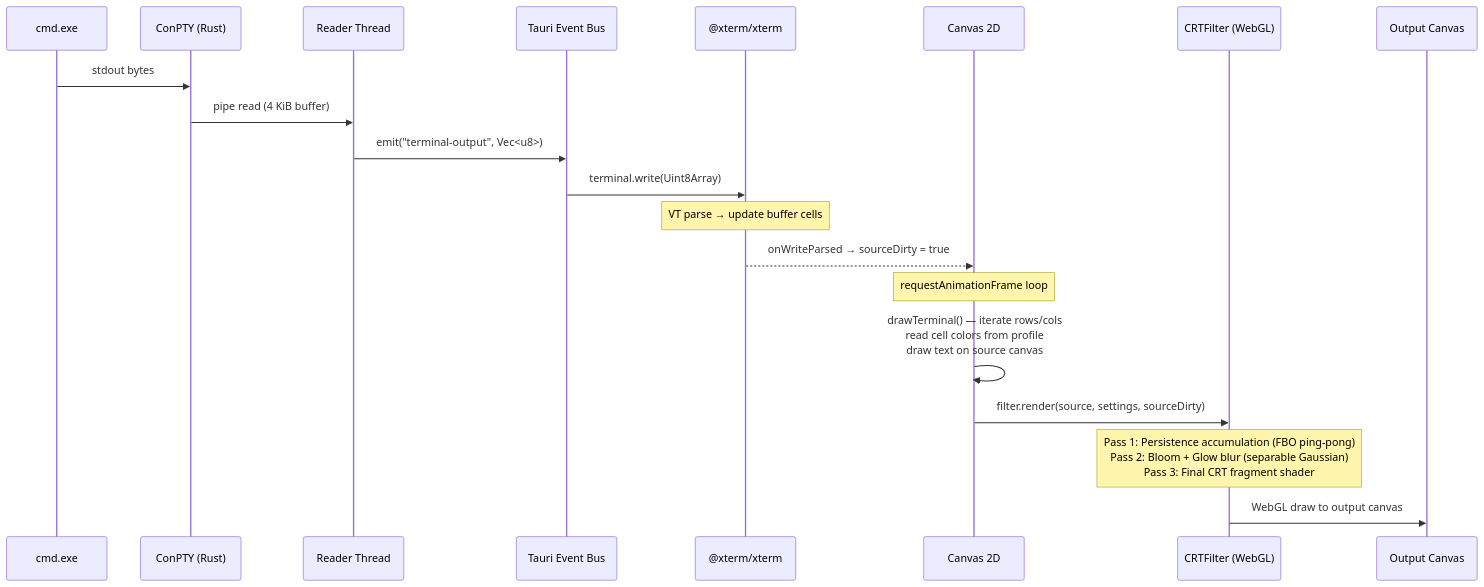
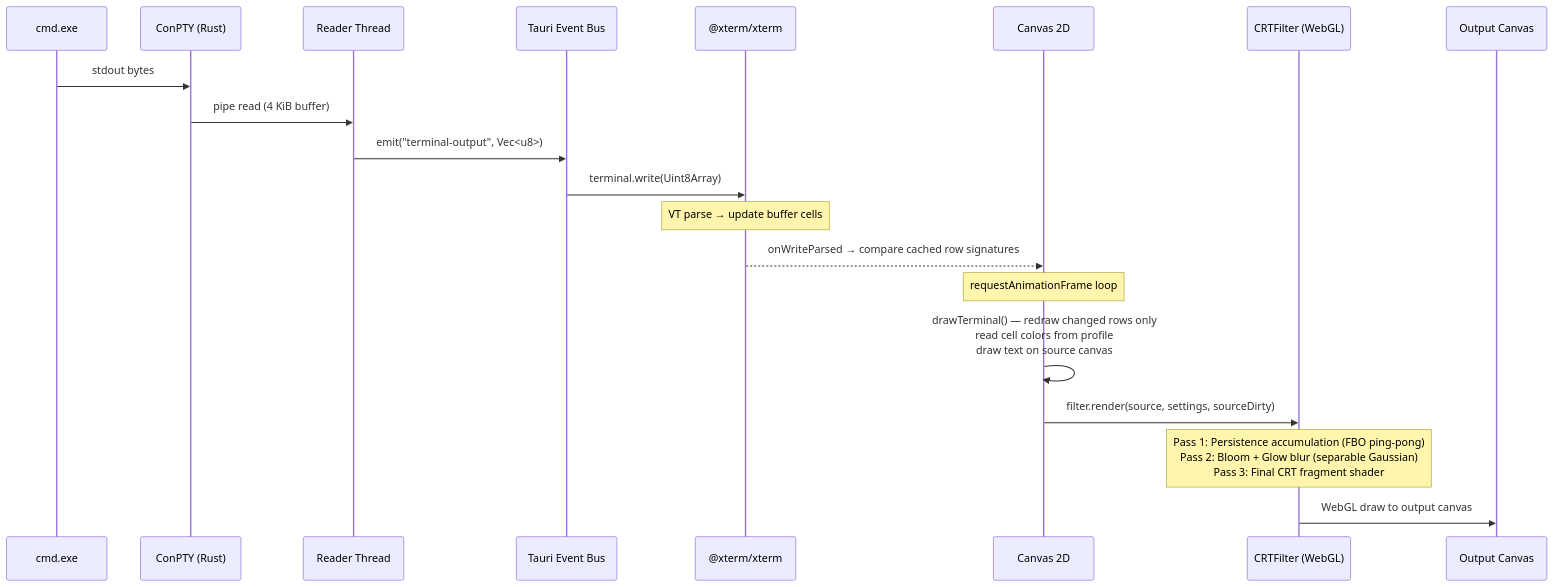
The second of 5 diagrams in docs/02-architecture.md (z-hunter/Scanline-Term), drawn with Mermaid before and after one commit. The commit also changed other lines of this file and 18 other files, not shown here.

````diff
--- a/docs/02-architecture.md
+++ b/docs/02-architecture.md
@@ -83,23 +94,23 @@
 ```mermaid
 sequenceDiagram
     participant Shell as cmd.exe
     participant ConPTY as ConPTY (Rust)
     participant Reader as Reader Thread
     participant Tauri as Tauri Event Bus
     participant Xterm as @xterm/xterm
     participant Canvas as Canvas 2D
     participant CRT as CRTFilter (WebGL)
     participant Screen as Output Canvas
 
     Shell->>ConPTY: stdout bytes
     ConPTY->>Reader: pipe read (4 KiB buffer)
     Reader->>Tauri: emit("terminal-output", Vec<u8>)
     Tauri->>Xterm: terminal.write(Uint8Array)
     Note over Xterm: VT parse → update buffer cells
-    Xterm-->>Canvas: onWriteParsed → sourceDirty = true
+    Xterm-->>Canvas: onWriteParsed → compare cached row signatures
     Note over Canvas: requestAnimationFrame loop
-    Canvas->>Canvas: drawTerminal() — iterate rows/cols<br/>read cell colors from profile<br/>draw text on source canvas
+    Canvas->>Canvas: drawTerminal() — redraw changed rows only<br/>read cell colors from profile<br/>draw text on source canvas
     Canvas->>CRT: filter.render(source, settings, sourceDirty)
     Note over CRT: Pass 1: Persistence accumulation (FBO ping-pong)<br/>Pass 2: Bloom + Glow blur (separable Gaussian)<br/>Pass 3: Final CRT fragment shader
     CRT->>Screen: WebGL draw to output canvas
 ```
````
